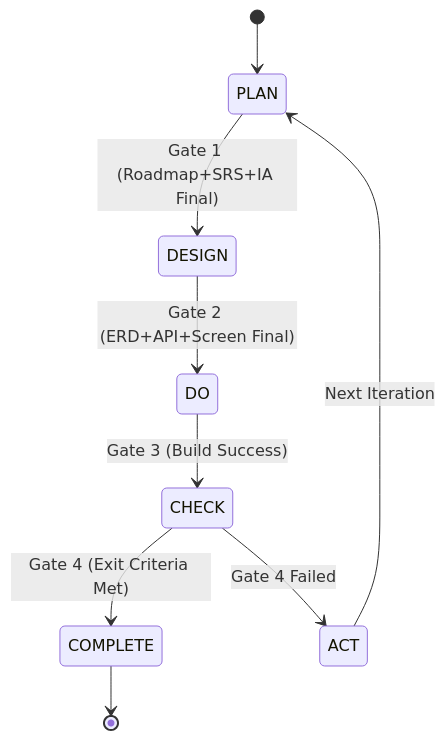
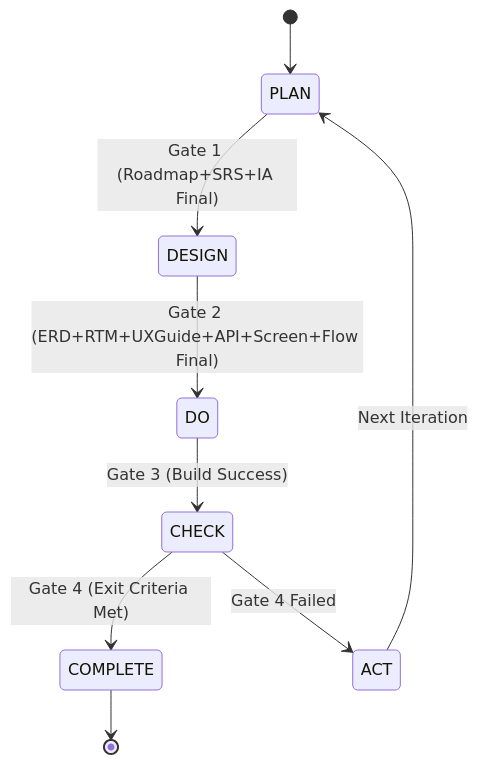
Before and after one commit to upleat-ax/u-maker-plugin: the second of 2 diagrams in templates/01-plan/1_Index_PM.template.md, drawn with Mermaid. The commit also changed other lines of this file and 22 other files, not shown here.

````diff
--- a/templates/01-plan/1_Index_PM.template.md
+++ b/templates/01-plan/1_Index_PM.template.md
@@ -134,11 +141,11 @@
 ```mermaid
 stateDiagram-v2
     [*] --> PLAN
     PLAN --> DESIGN : Gate 1 (Roadmap+SRS+IA Final)
-    DESIGN --> DO : Gate 2 (ERD+API+Screen Final)
+    DESIGN --> DO : Gate 2 (ERD+RTM+UXGuide+API+Screen+Flow Final)
     DO --> CHECK : Gate 3 (Build Success)
     CHECK --> COMPLETE : Gate 4 (Exit Criteria Met)
     CHECK --> ACT : Gate 4 Failed
     ACT --> PLAN : Next Iteration
     COMPLETE --> [*]
 ```
````
